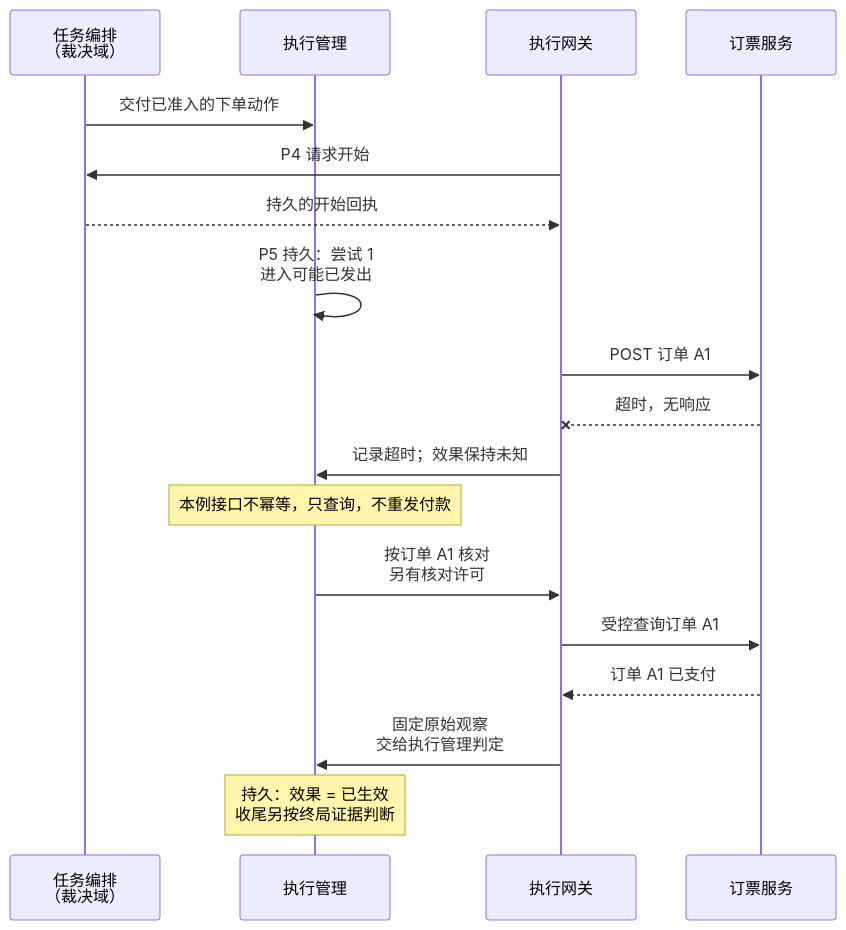
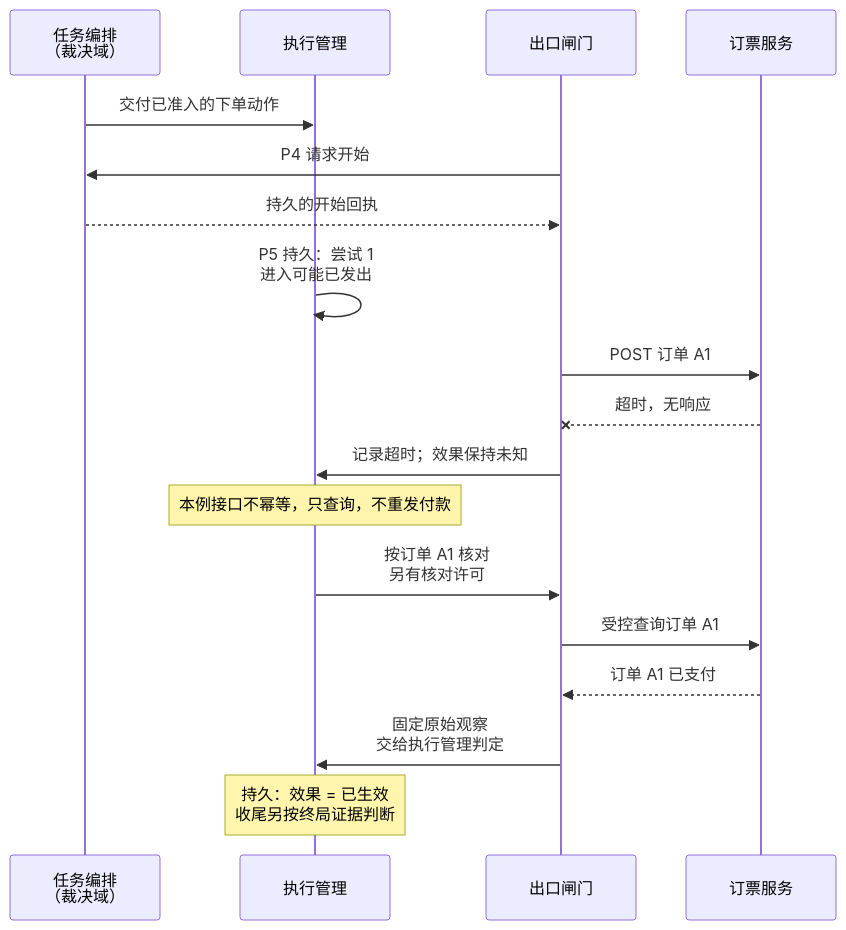
Before and after one commit to ruipengliu/lerna: the third of 6 diagrams in docs/architecture/overview.md, drawn with Mermaid. The commit also changed other lines of this file and 49 other files, not shown here.

````diff
--- a/docs/architecture/overview.md
+++ b/docs/architecture/overview.md
@@ -176,20 +177,20 @@
 ```mermaid
 sequenceDiagram
     participant T as 任务编排<br/>（裁决域）
     participant L as 执行管理
-    participant E as 执行网关
+    participant E as 出口闸门
     participant X as 订票服务
     T->>L: 交付已准入的下单动作
     E->>T: P4 请求开始
     T-->>E: 持久的开始回执
     L->>L: P5 持久：尝试 1<br/>进入可能已发出
     E->>X: POST 订单 A1
     X--xE: 超时，无响应
     E->>L: 记录超时；效果保持未知
     Note over L: 本例接口不幂等，只查询，不重发付款
     L->>E: 按订单 A1 核对<br/>另有核对许可
     E->>X: 受控查询订单 A1
     X-->>E: 订单 A1 已支付
     E->>L: 固定原始观察<br/>交给执行管理判定
     Note over L: 持久：效果 = 已生效<br/>收尾另按终局证据判断
 ```
````
